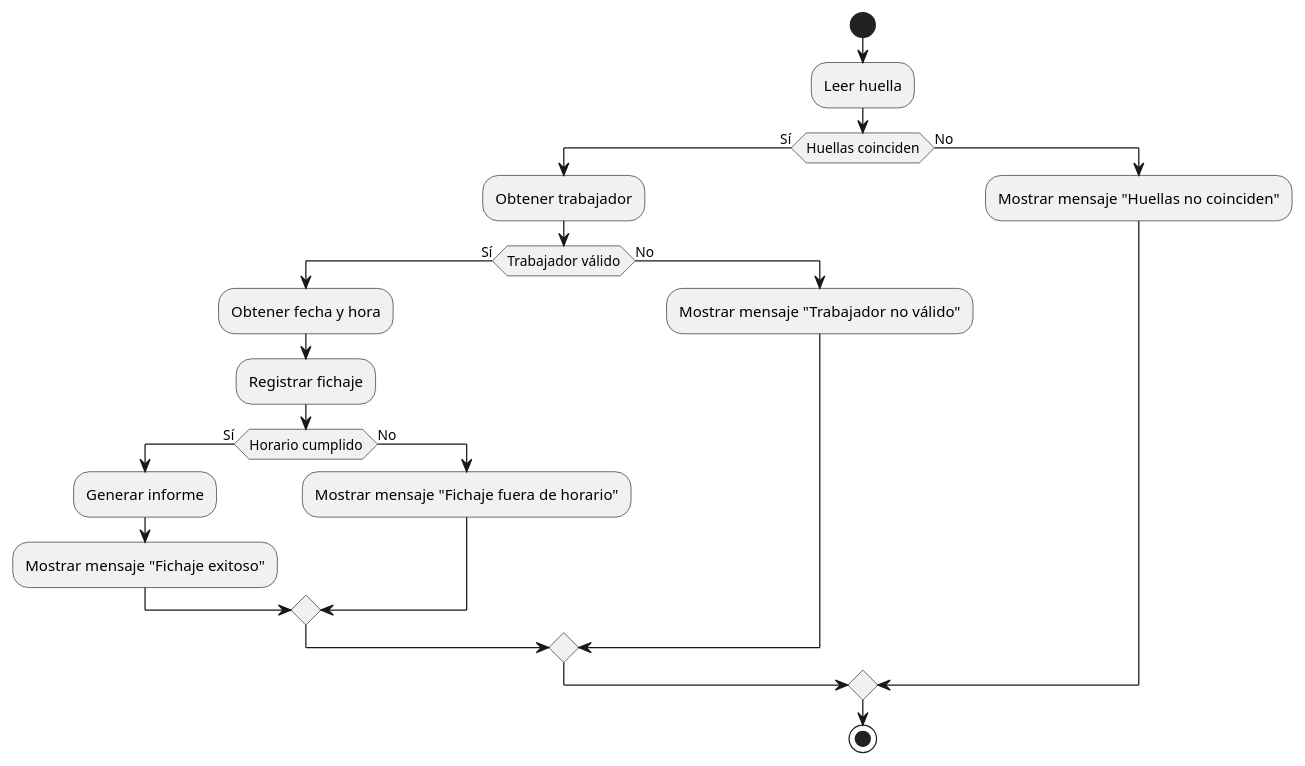
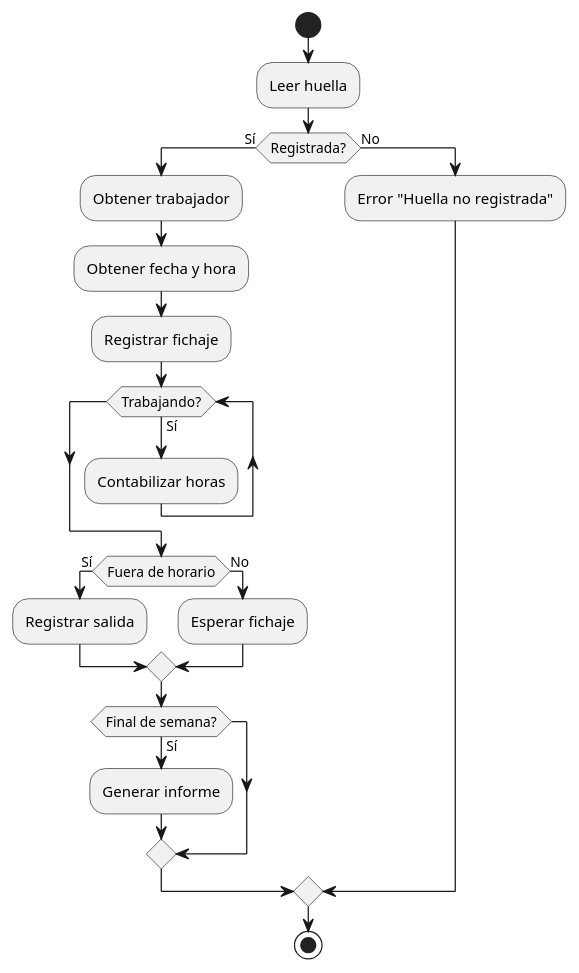
One commit to mmasias/23-24-IdSw1-SDR changed the diagram in modelosUML/diagramaDeFlujo/DDF.puml. Above: the diagram before and after it, drawn with PlantUML. The commit also changed 1 other file, not shown here.

Commit message:
Diagrama-de-flujo

```diff
--- a/modelosUML/diagramaDeFlujo/DDF.puml
+++ b/modelosUML/diagramaDeFlujo/DDF.puml
@@ -1,26 +1,27 @@
 @startuml
 
 start
 
 :Leer huella;
-if (Huellas coinciden) then (Sí)
+if (Registrada?) then (Sí)
   :Obtener trabajador;
-  if (Trabajador válido) then (Sí)
-    :Obtener fecha y hora;
-    :Registrar fichaje;
-    if (Horario cumplido) then (Sí)
-      :Generar informe;
-      :Mostrar mensaje "Fichaje exitoso";
-    else (No)
-      :Mostrar mensaje "Fichaje fuera de horario";
-    endif
+  :Obtener fecha y hora;
+  :Registrar fichaje;
+  while (Trabajando?) is (Sí)
+    :Contabilizar horas;
+  endwhile
+  if (Fuera de horario) then (Sí) 
+    :Registrar salida;
   else (No)
-    :Mostrar mensaje "Trabajador no válido";
+    :Esperar fichaje;
+  endif
+  if (Final de semana?) then (Sí)
+    :Generar informe;
   endif
 else (No)
-  :Mostrar mensaje "Huellas no coinciden";
+  :Error "Huella no registrada";
 endif
 
 stop
 
 @enduml
```
